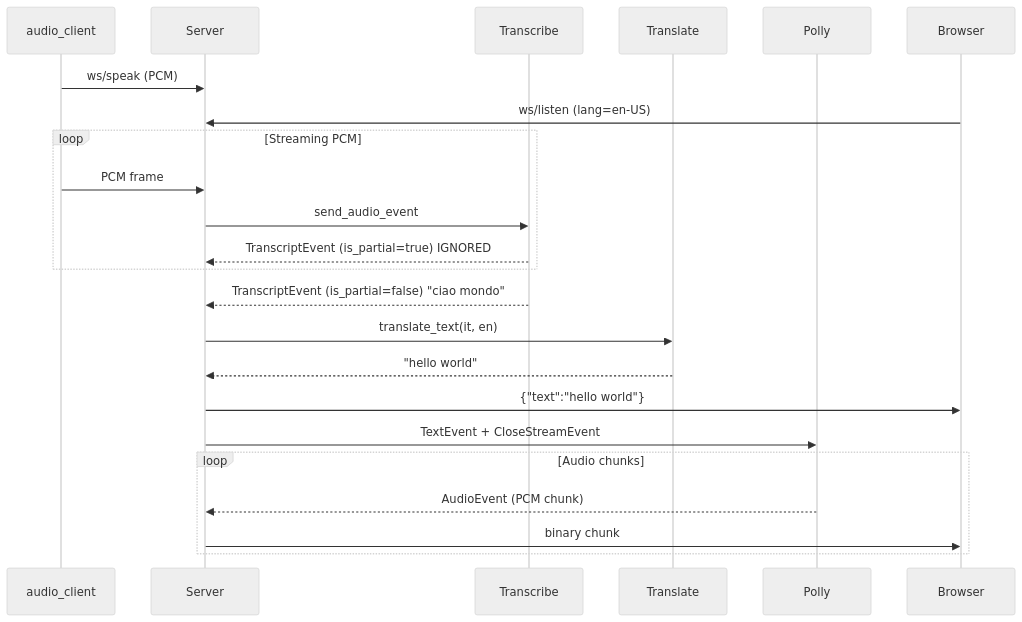
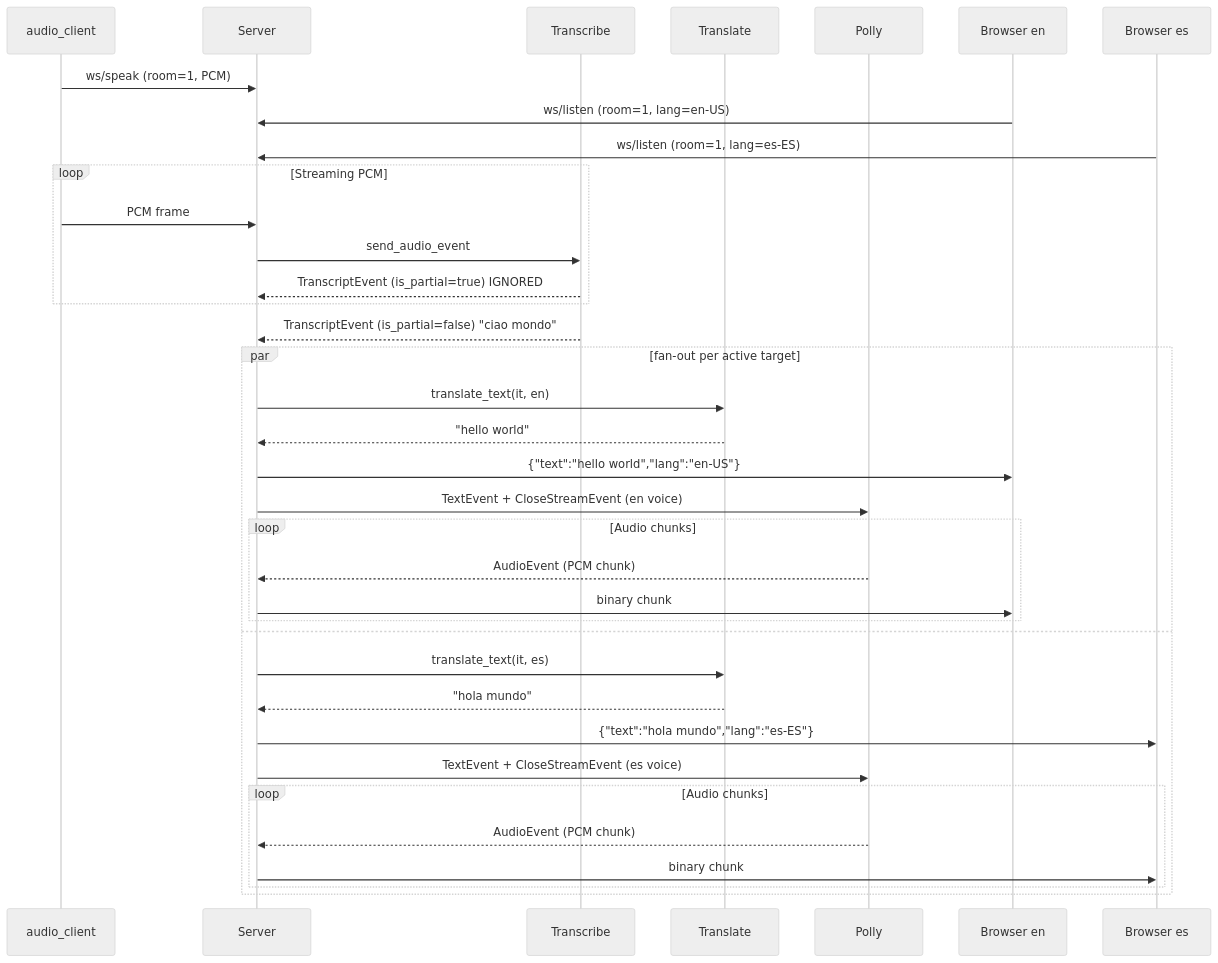
The second of 2 diagrams in README.md (bilardi/realtime-speech-to-speech), drawn with Mermaid (neutral theme) before and after one commit. The commit also changed other lines of this file, not shown here.

Commit message:
docs: update README for fan-out, room concept, and new endpoints

````diff
--- a/README.md
+++ b/README.md
@@ -24,26 +28,39 @@
 ```mermaid
 sequenceDiagram
   participant AC as audio_client
   participant S as Server
   participant T as Transcribe
   participant TR as Translate
   participant P as Polly
-  participant B as Browser
+  participant Ben as Browser en
+  participant Bes as Browser es
 
-  AC->>S: ws/speak (PCM)
-  B->>S: ws/listen (lang=en-US)
+  AC->>S: ws/speak (room=1, PCM)
+  Ben->>S: ws/listen (room=1, lang=en-US)
+  Bes->>S: ws/listen (room=1, lang=es-ES)
   loop Streaming PCM
     AC->>S: PCM frame
     S->>T: send_audio_event
     T-->>S: TranscriptEvent (is_partial=true) IGNORED
   end
   T-->>S: TranscriptEvent (is_partial=false) "ciao mondo"
-  S->>TR: translate_text(it, en)
-  TR-->>S: "hello world"
-  S->>B: {"text":"hello world"}
-  S->>P: TextEvent + CloseStreamEvent
-  loop Audio chunks
-    P-->>S: AudioEvent (PCM chunk)
-    S->>B: binary chunk
+  par fan-out per active target
+    S->>TR: translate_text(it, en)
+    TR-->>S: "hello world"
+    S->>Ben: {"text":"hello world","lang":"en-US"}
+    S->>P: TextEvent + CloseStreamEvent (en voice)
+    loop Audio chunks
+      P-->>S: AudioEvent (PCM chunk)
+      S->>Ben: binary chunk
+    end
+  and
+    S->>TR: translate_text(it, es)
+    TR-->>S: "hola mundo"
+    S->>Bes: {"text":"hola mundo","lang":"es-ES"}
+    S->>P: TextEvent + CloseStreamEvent (es voice)
+    loop Audio chunks
+      P-->>S: AudioEvent (PCM chunk)
+      S->>Bes: binary chunk
+    end
   end
 ```
````
